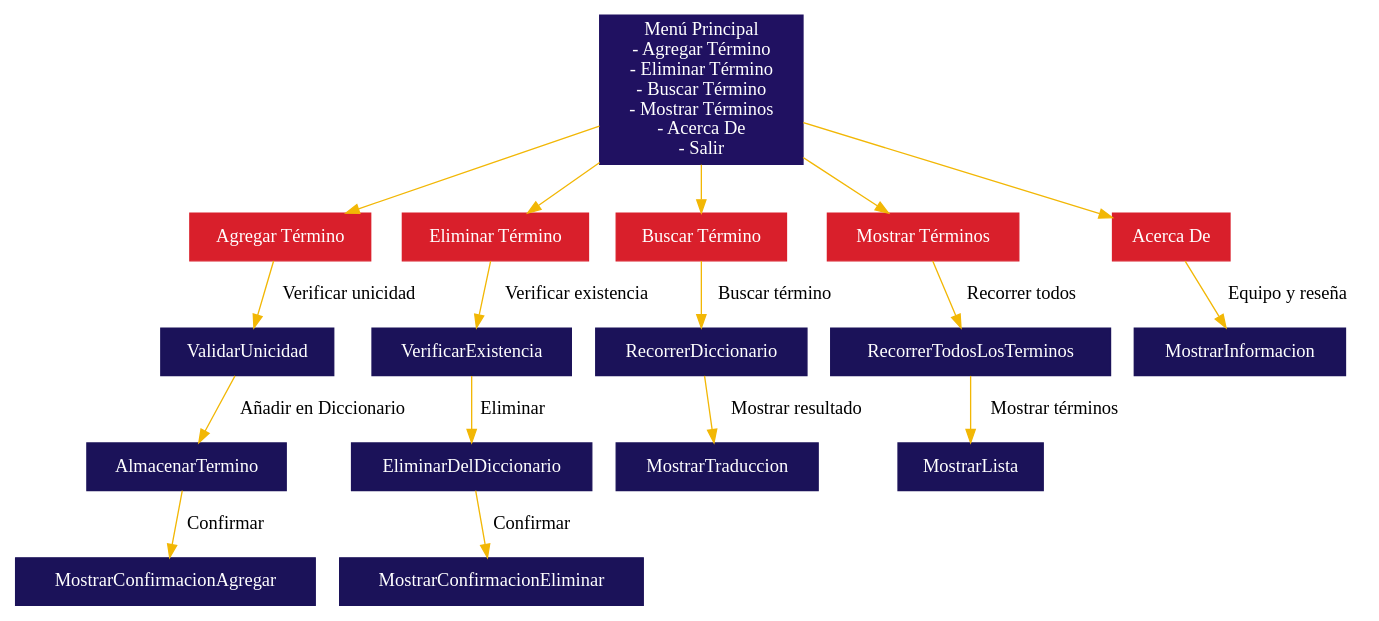
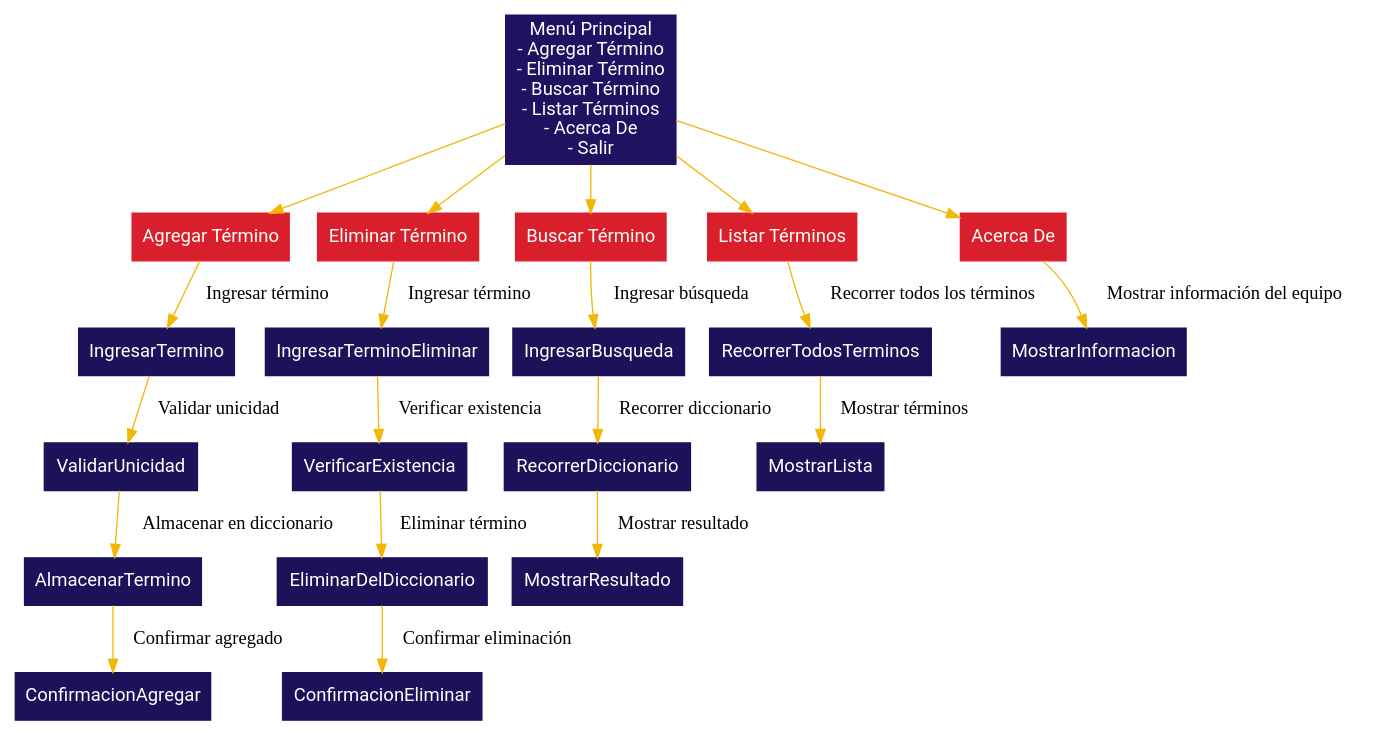
Before and after one commit to Panconhu3vo/Ejercicio-Integrado: the diagram in graphs/Diagramas ui/DiagramaGui.dot, drawn with Graphviz. The commit also changed 2 other files, not shown here.

Commit message:
Actualizando diagramas de flujo

```diff
--- a/graphs/Diagramas ui/DiagramaGui.dot
+++ b/graphs/Diagramas ui/DiagramaGui.dot
@@ -1,43 +1,46 @@
 digraph DiccionarioProgramador {
-    // Definir colores y estilos de nodos
-    node [shape=box, style=filled, color="#1B1259", fontcolor=white];
+    // Configuración de estilo
+    node [shape=box, style=filled, color="#1B1259", fontcolor=white, fontname="Roboto"];
     edge [color="#F2B705"];
 
-    // Sección principal del menú
-    MenuPrincipal [label="Menú Principal\n- Agregar Término\n- Eliminar Término\n- Buscar Término\n- Mostrar Términos\n- Acerca De\n- Salir", color="#201161"];
-    
-    // Funcionalidades del menú
+    // Menú Principal
+    MenuPrincipal [label="Menú Principal\n- Agregar Término\n- Eliminar Término\n- Buscar Término\n- Listar Términos\n- Acerca De\n- Salir", color="#201161"];
+
+    // Opciones del Menú Principal
     AgregarTermino [label="Agregar Término", color="#d91f2b"];
     EliminarTermino [label="Eliminar Término", color="#d91f2b"];
     BuscarTermino [label="Buscar Término", color="#d91f2b"];
-    MostrarTerminos [label="Mostrar Términos", color="#d91f2b"];
+    ListarTerminos [label="Listar Términos", color="#d91f2b"];
     AcercaDe [label="Acerca De", color="#d91f2b"];
 
-    // Relaciones de Menú Principal
+    // Relaciones del Menú Principal
     MenuPrincipal -> AgregarTermino;
     MenuPrincipal -> EliminarTermino;
     MenuPrincipal -> BuscarTermino;
-    MenuPrincipal -> MostrarTerminos;
+    MenuPrincipal -> ListarTerminos;
     MenuPrincipal -> AcercaDe;
 
-    // Agregar Término proceso
-    AgregarTermino -> ValidarUnicidad [label="Verificar unicidad"];
-    ValidarUnicidad -> AlmacenarTermino [label="Añadir en Diccionario"];
-    AlmacenarTermino -> MostrarConfirmacionAgregar [label="Confirmar"];
+    // Detalles de Agregar Término
+    AgregarTermino -> IngresarTermino [label="Ingresar término"];
+    IngresarTermino -> ValidarUnicidad [label="Validar unicidad"];
+    ValidarUnicidad -> AlmacenarTermino [label="Almacenar en diccionario"];
+    AlmacenarTermino -> ConfirmacionAgregar [label="Confirmar agregado"];
 
-    // Eliminar Término proceso
-    EliminarTermino -> VerificarExistencia [label="Verificar existencia"];
-    VerificarExistencia -> EliminarDelDiccionario [label="Eliminar"];
-    EliminarDelDiccionario -> MostrarConfirmacionEliminar [label="Confirmar"];
+    // Detalles de Eliminar Término
+    EliminarTermino -> IngresarTerminoEliminar [label="Ingresar término"];
+    IngresarTerminoEliminar -> VerificarExistencia [label="Verificar existencia"];
+    VerificarExistencia -> EliminarDelDiccionario [label="Eliminar término"];
+    EliminarDelDiccionario -> ConfirmacionEliminar [label="Confirmar eliminación"];
 
-    // Buscar Término proceso
-    BuscarTermino -> RecorrerDiccionario [label="Buscar término"];
-    RecorrerDiccionario -> MostrarTraduccion [label="Mostrar resultado"];
+    // Detalles de Buscar Término
+    BuscarTermino -> IngresarBusqueda [label="Ingresar búsqueda"];
+    IngresarBusqueda -> RecorrerDiccionario [label="Recorrer diccionario"];
+    RecorrerDiccionario -> MostrarResultado [label="Mostrar resultado"];
 
-    // Mostrar Términos proceso
-    MostrarTerminos -> RecorrerTodosLosTerminos [label="Recorrer todos"];
-    RecorrerTodosLosTerminos -> MostrarLista [label="Mostrar términos"];
+    // Detalles de Listar Términos
+    ListarTerminos -> RecorrerTodosTerminos [label="Recorrer todos los términos"];
+    RecorrerTodosTerminos -> MostrarLista [label="Mostrar términos"];
 
-    // Acerca De
-    AcercaDe -> MostrarInformacion [label="Equipo y reseña"];
+    // Detalles de Acerca De
+    AcercaDe -> MostrarInformacion [label="Mostrar información del equipo"];
 }
```
